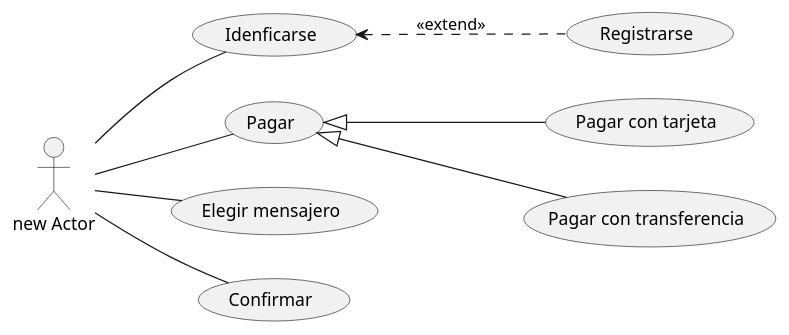
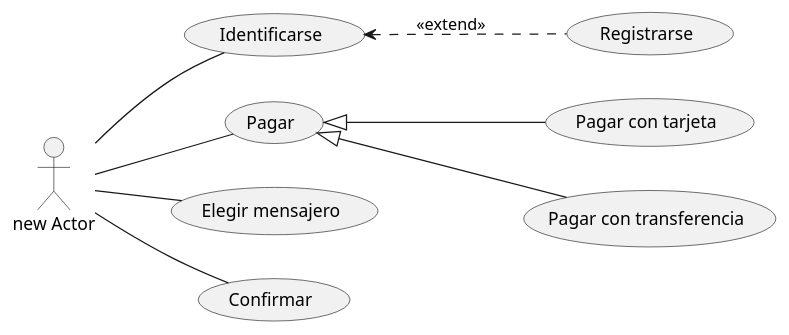
Before and after one commit to RikaMzHyde/PracticaClasesUsoPlantUml: the diagram in src/uml2.puml, drawn with PlantUML.

Commit message:
Arreglamos errata en "identificarse"

```diff
--- a/src/uml2.puml
+++ b/src/uml2.puml
@@ -1,11 +1,11 @@
 @startuml
 left to right direction
-:new Actor: -- (Idenficarse)
+:new Actor: -- (Identificarse)
 :new Actor: -- (Pagar)
 :new Actor: -- (Elegir mensajero)
 :new Actor: -- (Confirmar)
 (Pagar) <|-- (Pagar con tarjeta)
 (Pagar) <|-- (Pagar con transferencia)
-(Idenficarse) <.. (Registrarse) : <<extend>>
+(Identificarse) <.. (Registrarse) : <<extend>>
 
 @enduml
```
